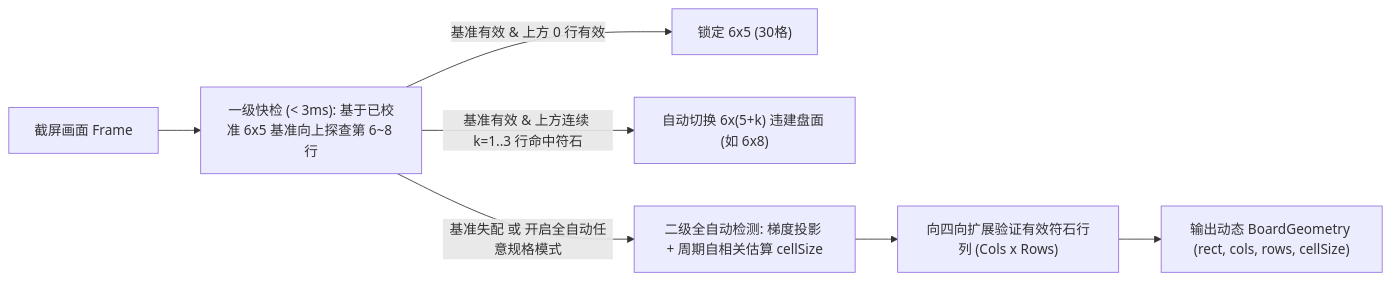
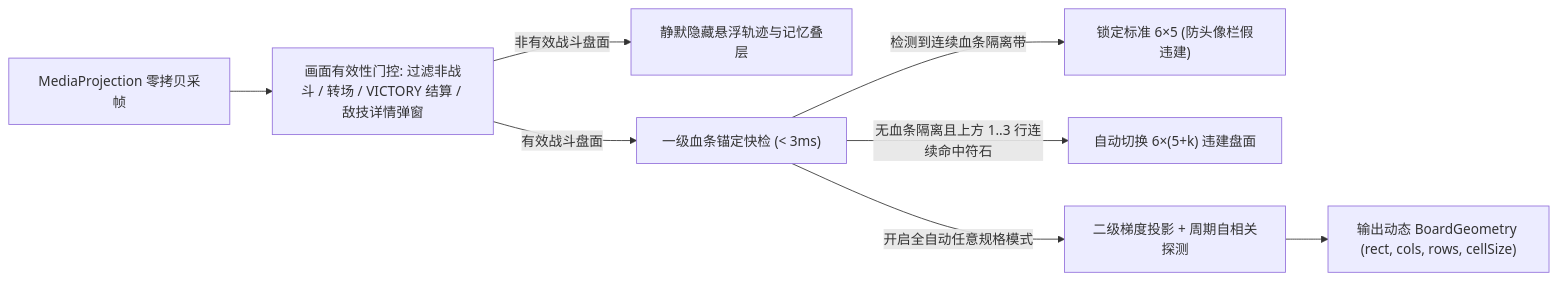
The first of 3 diagrams in docs/ARCHITECTURE.md (CloverKing/AutoDora-NEXT), drawn with Mermaid before and after one commit. The commit also changed other lines of this file and 13 other files, not shown here.

Commit message:
docs: enrich README with v0.4.2 screenshots, update architecture & planning docs, and enforce doc-sync policy

````diff
--- a/docs/ARCHITECTURE.md
+++ b/docs/ARCHITECTURE.md
@@ -28,9 +27,10 @@
 ```mermaid
 flowchart LR
-    Frame["截屏画面 Frame"] --> FastProbe["一级快检 (< 3ms): 基于已校准 6x5 基准向上探查第 6~8 行"]
-    FastProbe -->|"基准有效 & 上方 0 行有效"| G65["锁定 6x5 (30格)"]
-    FastProbe -->|"基准有效 & 上方连续 k=1..3 行命中符石"| G68["自动切换 6x(5+k) 违建盘面 (如 6x8)"]
-    FastProbe -->|"基准失配 或 开启全自动任意规格模式"| FullDetect["二级全自动检测: 梯度投影 + 周期自相关估算 cellSize"]
-    FullDetect --> GridSearch["向四向扩展验证有效符石行列 (Cols x Rows)"]
-    GridSearch --> DynamicOut["输出动态 BoardGeometry (rect, cols, rows, cellSize)"]
+    Frame["MediaProjection 零拷贝采帧"] --> Gate["画面有效性门控: 过滤非战斗 / 转场 / VICTORY 结算 / 敌技详情弹窗"]
+    Gate -->|"非有效战斗盘面"| Clear["静默隐藏悬浮轨迹与记忆叠层"]
+    Gate -->|"有效战斗盘面"| FastProbe["一级血条锚定快检 (< 3ms)"]
+    FastProbe -->|"检测到连续血条隔离带"| G65["锁定标准 6×5 (防头像栏假违建)"]
+    FastProbe -->|"无血条隔离且上方 1..3 行连续命中符石"| G68["自动切换 6×(5+k) 违建盘面"]
+    FastProbe -->|"开启全自动任意规格模式"| FullDetect["二级梯度投影 + 周期自相关探测"]
+    FullDetect --> DynamicOut["输出动态 BoardGeometry (rect, cols, rows, cellSize)"]
 ```
````
